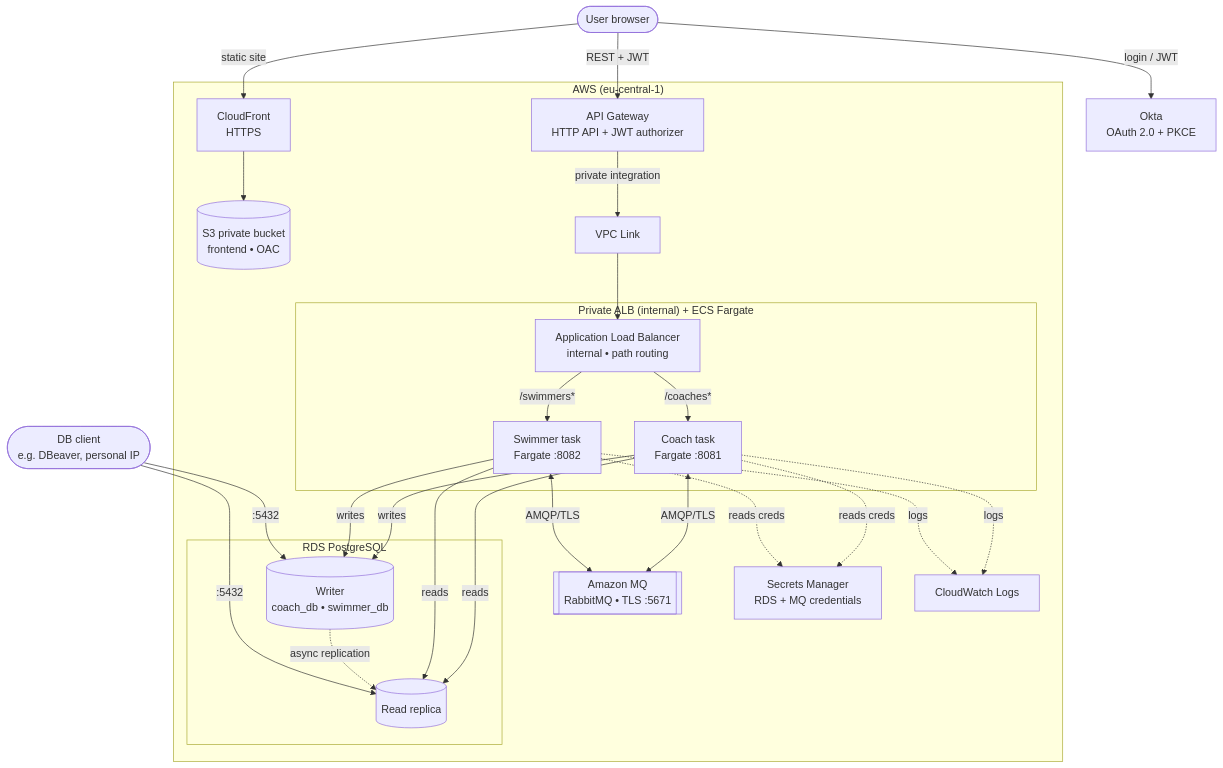
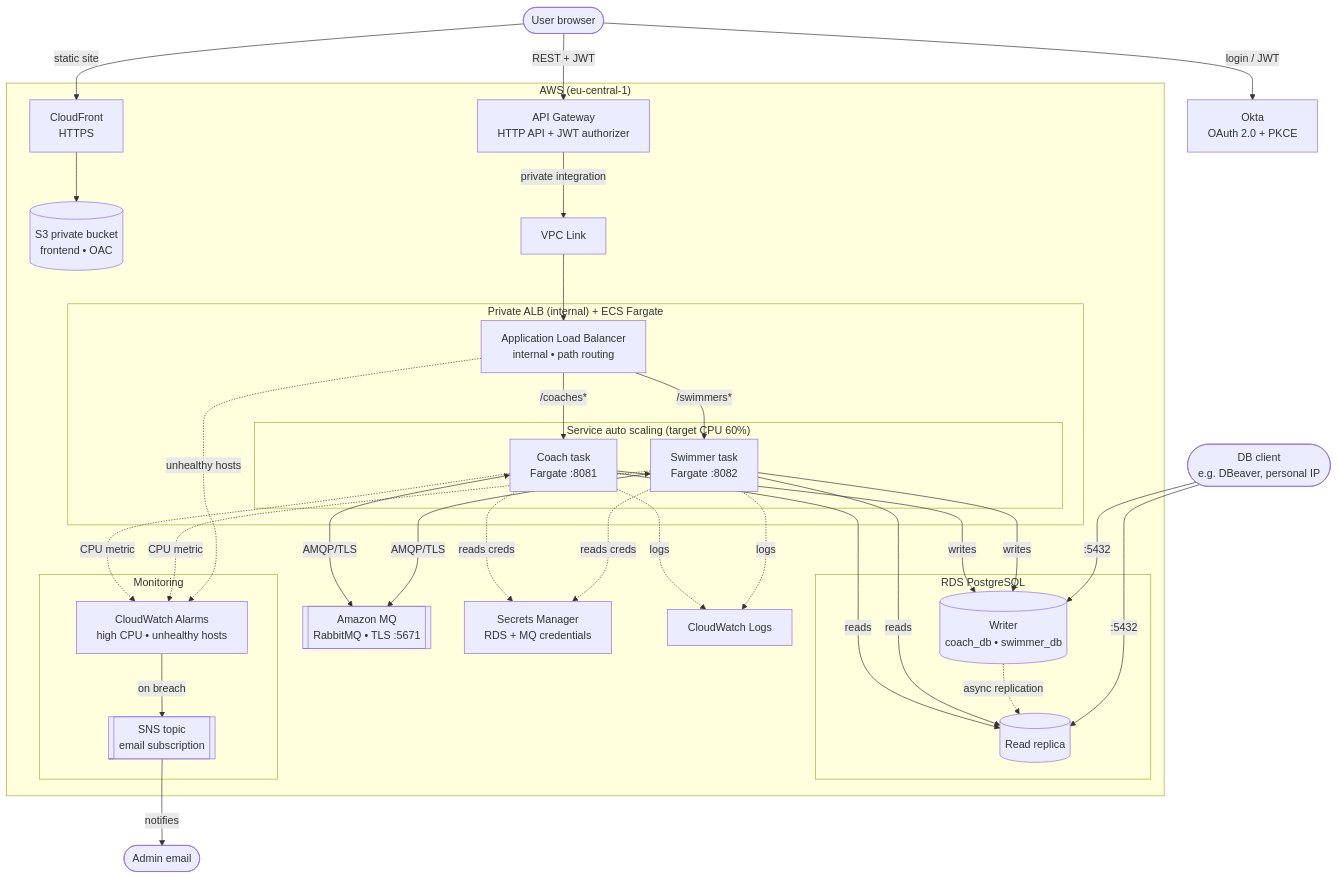
One commit to Winetq/spring-boot-labs changed the second of 2 diagrams in README.md. Above: the diagram before and after it, drawn with Mermaid. The commit also changed other lines of this file and 8 other files, not shown here.

Commit message:
Add CloudWatch alarms and update README

````diff
--- a/README.md
+++ b/README.md
@@ -138,56 +139,69 @@
 ```mermaid
 flowchart TB
     User([User browser])
     Okta[Okta<br/>OAuth 2.0 + PKCE]
     DBeaver([DB client<br/>e.g. DBeaver, personal IP])
 
     User -->|login / JWT| Okta
 
     subgraph AWS["AWS (eu-central-1)"]
         CF[CloudFront<br/>HTTPS]
         S3[(S3 private bucket<br/>frontend • OAC)]
         APIGW[API Gateway<br/>HTTP API + JWT authorizer]
         VPCL[VPC Link]
 
         subgraph Private["Private ALB (internal) + ECS Fargate"]
             ALB[Application Load Balancer<br/>internal • path routing]
-            Coach[Coach task<br/>Fargate :8081]
-            Swimmer[Swimmer task<br/>Fargate :8082]
+            subgraph Scaling["Service auto scaling (target CPU 60%)"]
+                Coach[Coach task<br/>Fargate :8081]
+                Swimmer[Swimmer task<br/>Fargate :8082]
+            end
         end
 
         MQ[[Amazon MQ<br/>RabbitMQ • TLS :5671]]
 
         subgraph RDS["RDS PostgreSQL"]
             Writer[(Writer<br/>coach_db • swimmer_db)]
             Replica[(Read replica)]
         end
 
         SM[Secrets Manager<br/>RDS + MQ credentials]
         Logs[CloudWatch Logs]
+
+        subgraph Monitoring["Monitoring"]
+            Alarms[CloudWatch Alarms<br/>high CPU • unhealthy hosts]
+            SNS[[SNS topic<br/>email subscription]]
+        end
     end
 
     User -->|static site| CF
     CF --> S3
     User -->|REST + JWT| APIGW
     APIGW -->|private integration| VPCL
     VPCL --> ALB
     ALB -->|/coaches*| Coach
     ALB -->|/swimmers*| Swimmer
 
     Coach <-->|AMQP/TLS| MQ
     Swimmer <-->|AMQP/TLS| MQ
 
     Coach -->|writes| Writer
     Swimmer -->|writes| Writer
     Coach -->|reads| Replica
     Swimmer -->|reads| Replica
     Writer -. async replication .-> Replica
 
     Coach -. reads creds .-> SM
     Swimmer -. reads creds .-> SM
     Coach -. logs .-> Logs
     Swimmer -. logs .-> Logs
 
+    Coach -. CPU metric .-> Alarms
+    Swimmer -. CPU metric .-> Alarms
+    ALB -. unhealthy hosts .-> Alarms
+    Alarms -->|on breach| SNS
+    SNS -->|notifies| Admin([Admin email])
+
     DBeaver -->|:5432| Writer
     DBeaver -->|:5432| Replica
 ```
````
